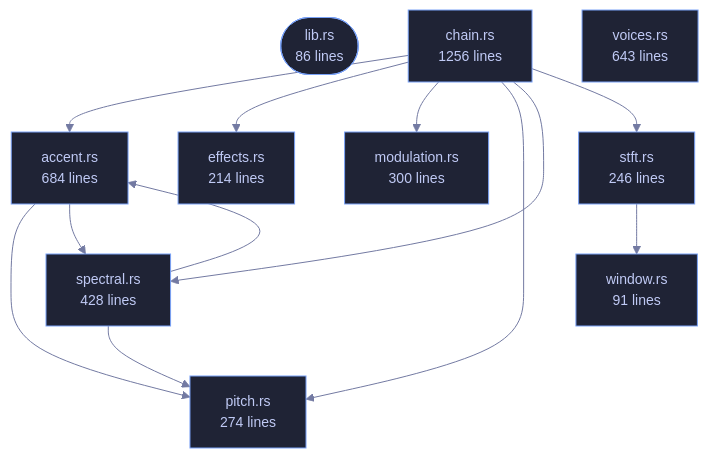
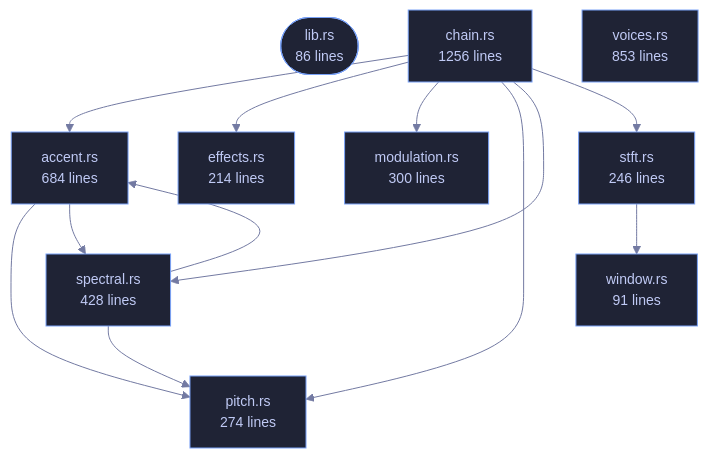
The diagram in crates/veilvoice-core/README.md (tilas01/veilvoice), drawn with Mermaid before and after one commit. The commit also changed other lines of this file and 68 other files, not shown here.

````diff
--- a/crates/veilvoice-core/README.md
+++ b/crates/veilvoice-core/README.md
@@ -105,35 +105,35 @@
 ```mermaid
 %%{init: {"theme":"base","themeVariables":{"background":"#1a1b26","primaryColor":"#1f2335","primaryTextColor":"#c0caf5","primaryBorderColor":"#7aa2f7","secondaryColor":"#16161e","tertiaryColor":"#16161e","lineColor":"#737aa2","textColor":"#c0caf5","mainBkg":"#1f2335","nodeBorder":"#7aa2f7","clusterBkg":"#16161e","clusterBorder":"#2f3549","fontFamily":"ui-monospace, SFMono-Regular, Consolas, monospace","fontSize":"14px"}}}%%
 flowchart TD
     n_lib(["lib.rs<br/>86 lines"])
     n_accent["accent.rs<br/>684 lines"]
     n_chain["chain.rs<br/>1256 lines"]
     n_effects["effects.rs<br/>214 lines"]
     n_modulation["modulation.rs<br/>300 lines"]
     n_pitch["pitch.rs<br/>274 lines"]
     n_spectral["spectral.rs<br/>428 lines"]
     n_stft["stft.rs<br/>246 lines"]
-    n_voices["voices.rs<br/>643 lines"]
+    n_voices["voices.rs<br/>853 lines"]
     n_window["window.rs<br/>91 lines"]
     n_accent --> n_pitch
     n_accent --> n_spectral
     n_chain --> n_accent
     n_chain --> n_effects
     n_chain --> n_modulation
     n_chain --> n_pitch
     n_chain --> n_spectral
     n_chain --> n_stft
     n_spectral --> n_accent
     n_spectral --> n_pitch
     n_stft --> n_window
     click n_lib href "https://github.com/tilas01/veilvoice/blob/main/crates/veilvoice-core/src/lib.rs" "open the source"
     click n_accent href "https://github.com/tilas01/veilvoice/blob/main/crates/veilvoice-core/src/accent.rs" "open the source"
     click n_chain href "https://github.com/tilas01/veilvoice/blob/main/crates/veilvoice-core/src/chain.rs" "open the source"
     click n_effects href "https://github.com/tilas01/veilvoice/blob/main/crates/veilvoice-core/src/effects.rs" "open the source"
     click n_modulation href "https://github.com/tilas01/veilvoice/blob/main/crates/veilvoice-core/src/modulation.rs" "open the source"
     click n_pitch href "https://github.com/tilas01/veilvoice/blob/main/crates/veilvoice-core/src/pitch.rs" "open the source"
     click n_spectral href "https://github.com/tilas01/veilvoice/blob/main/crates/veilvoice-core/src/spectral.rs" "open the source"
     click n_stft href "https://github.com/tilas01/veilvoice/blob/main/crates/veilvoice-core/src/stft.rs" "open the source"
     click n_voices href "https://github.com/tilas01/veilvoice/blob/main/crates/veilvoice-core/src/voices.rs" "open the source"
     click n_window href "https://github.com/tilas01/veilvoice/blob/main/crates/veilvoice-core/src/window.rs" "open the source"
 ```
````
